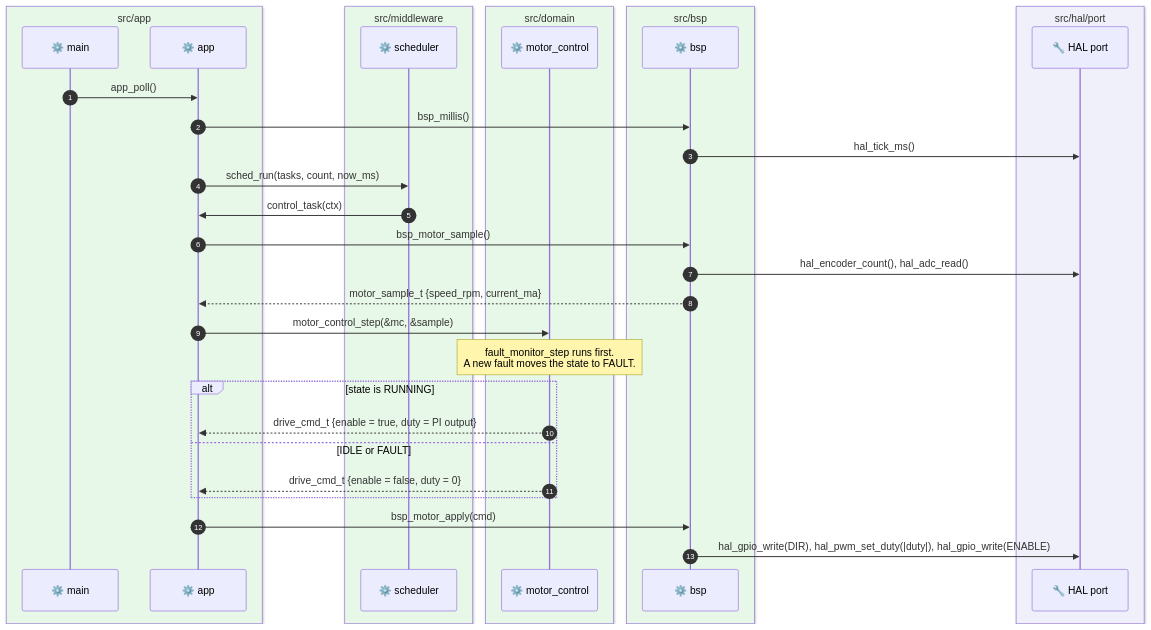
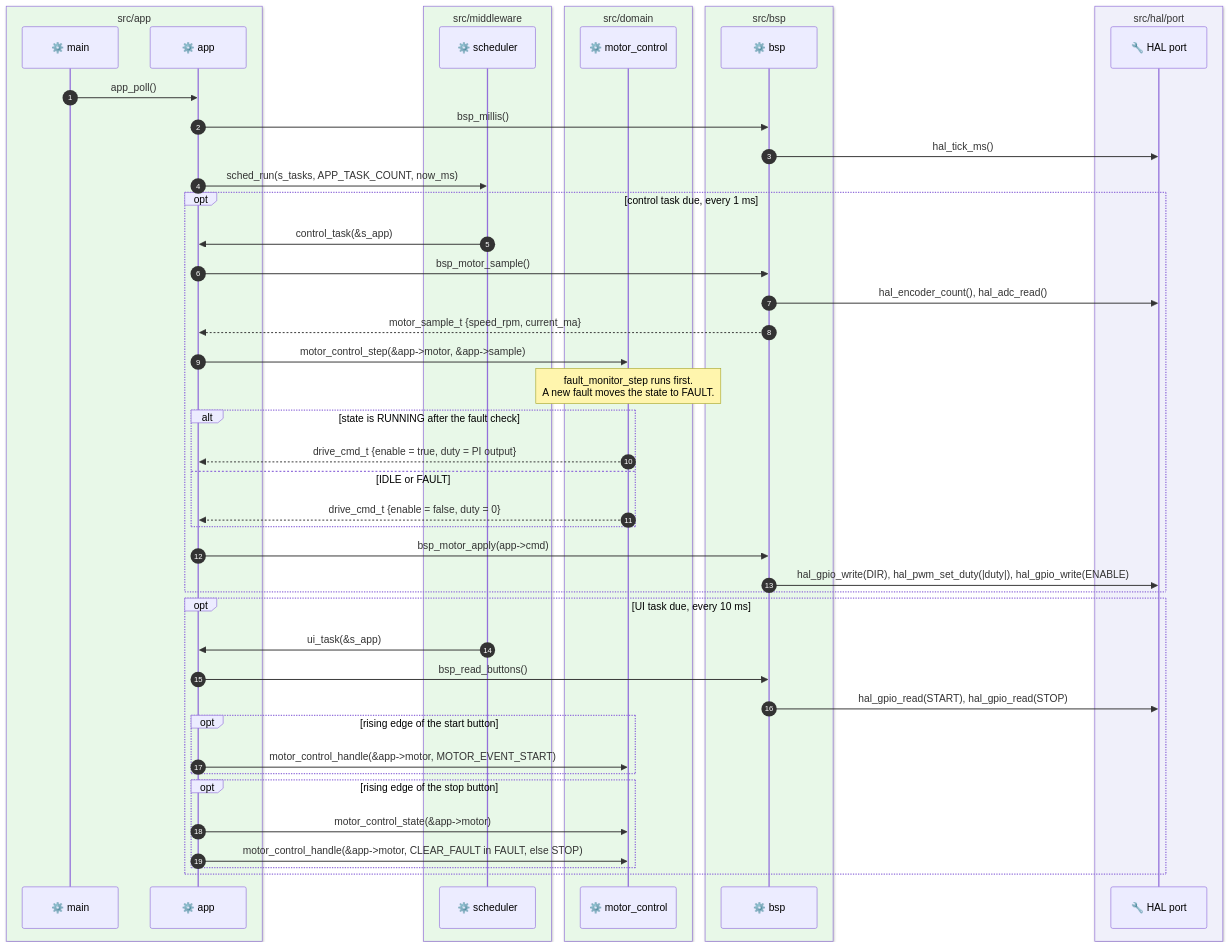
The first of 3 diagrams in docs/architecture/05_runtime.md (wienans/example-repo), drawn with Mermaid before and after one commit. The commit also changed other lines of this file and 6 other files, not shown here.

First line of the commit message:
docs(architecture): align architecture guide with implementation

````diff
--- a/docs/architecture/05_runtime.md
+++ b/docs/architecture/05_runtime.md
@@ -9,40 +9,54 @@
 ```mermaid
 sequenceDiagram
-  accTitle: Calls made during one 1 ms control tick
-  accDescr: main calls app_poll. app reads the tick through bsp and the HAL port, then calls sched_run. The scheduler calls control_task. control_task samples the motor through bsp, which reads the encoder and the ADC from the HAL port. motor_control_step returns an enabled drive command when the state is RUNNING and a disabled one otherwise. bsp_motor_apply writes the direction pin, the PWM duty and the enable pin.
+  accTitle: Calls made during one pass of the main loop
+  accDescr: main calls app_poll. app reads the tick through bsp and the HAL port, then calls sched_run. When the control task is due, the scheduler calls control_task, which samples the motor through bsp, calls motor_control_step, and applies the returned drive command through bsp. When the UI task is due, the scheduler calls ui_task, which reads both buttons through bsp and sends a start, stop or clear-fault event to motor_control on a rising edge.
   autonumber
   box rgb(232,248,232) src/app
     participant main as ⚙️ main
     participant app as ⚙️ app
   end
   box rgb(232,248,232) src/middleware
     participant sched as ⚙️ scheduler
   end
   box rgb(232,248,232) src/domain
     participant ctl as ⚙️ motor_control
   end
   box rgb(232,248,232) src/bsp
     participant bsp as ⚙️ bsp
   end
   box rgb(240,240,250) src/hal/port
     participant hal as 🔧 HAL port
   end
 
   main->>app: app_poll()
   app->>bsp: bsp_millis()
   bsp->>hal: hal_tick_ms()
-  app->>sched: sched_run(tasks, count, now_ms)
-  sched->>app: control_task(ctx)
-  app->>bsp: bsp_motor_sample()
-  bsp->>hal: hal_encoder_count(), hal_adc_read()
-  bsp-->>app: motor_sample_t {speed_rpm, current_ma}
-  app->>ctl: motor_control_step(&mc, &sample)
-  Note over ctl: fault_monitor_step runs first.<br/>A new fault moves the state to FAULT.
-  alt state is RUNNING
-    ctl-->>app: drive_cmd_t {enable = true, duty = PI output}
-  else IDLE or FAULT
-    ctl-->>app: drive_cmd_t {enable = false, duty = 0}
+  app->>sched: sched_run(s_tasks, APP_TASK_COUNT, now_ms)
+  opt control task due, every 1 ms
+    sched->>app: control_task(&s_app)
+    app->>bsp: bsp_motor_sample()
+    bsp->>hal: hal_encoder_count(), hal_adc_read()
+    bsp-->>app: motor_sample_t {speed_rpm, current_ma}
+    app->>ctl: motor_control_step(&app->motor, &app->sample)
+    Note over ctl: fault_monitor_step runs first.<br/>A new fault moves the state to FAULT.
+    alt state is RUNNING after the fault check
+      ctl-->>app: drive_cmd_t {enable = true, duty = PI output}
+    else IDLE or FAULT
+      ctl-->>app: drive_cmd_t {enable = false, duty = 0}
+    end
+    app->>bsp: bsp_motor_apply(app->cmd)
+    bsp->>hal: hal_gpio_write(DIR), hal_pwm_set_duty(|duty|), hal_gpio_write(ENABLE)
   end
-  app->>bsp: bsp_motor_apply(cmd)
-  bsp->>hal: hal_gpio_write(DIR), hal_pwm_set_duty(|duty|), hal_gpio_write(ENABLE)
+  opt UI task due, every 10 ms
+    sched->>app: ui_task(&s_app)
+    app->>bsp: bsp_read_buttons()
+    bsp->>hal: hal_gpio_read(START), hal_gpio_read(STOP)
+    opt rising edge of the start button
+      app->>ctl: motor_control_handle(&app->motor, MOTOR_EVENT_START)
+    end
+    opt rising edge of the stop button
+      app->>ctl: motor_control_state(&app->motor)
+      app->>ctl: motor_control_handle(&app->motor, CLEAR_FAULT in FAULT, else STOP)
+    end
+  end
 ```
````
